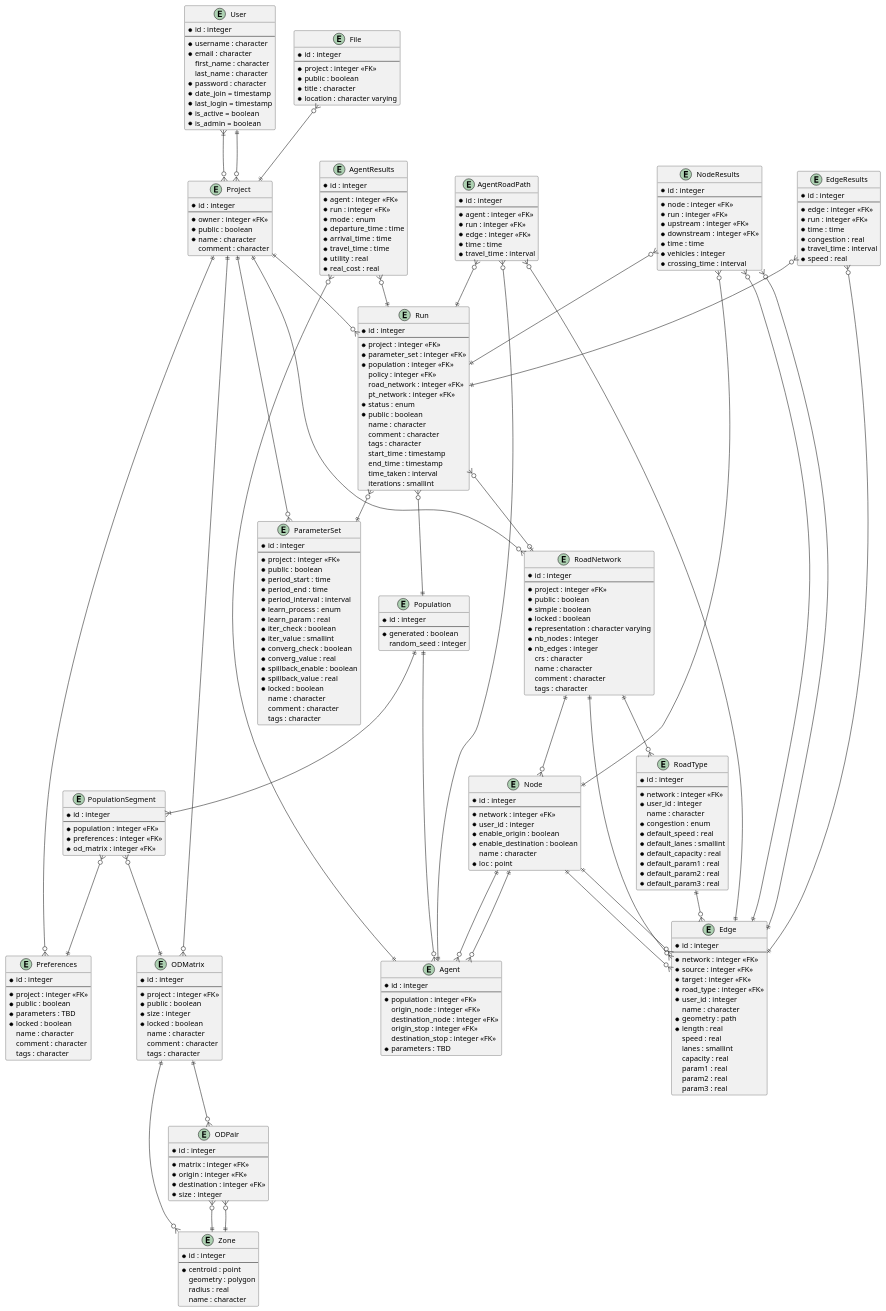
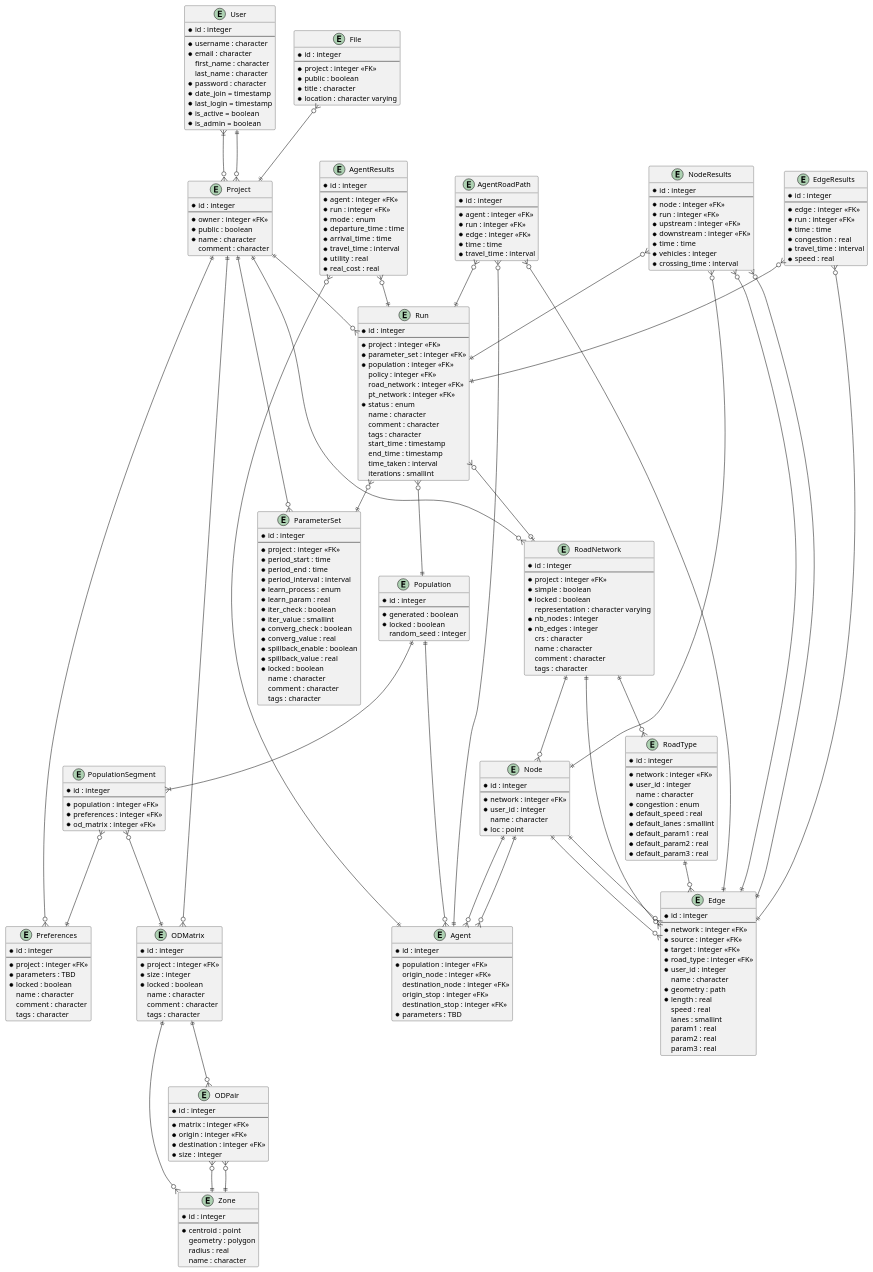
One commit to MetropolisTHEMA/MetropolisWebInterface changed the diagram in docs/plantuml/db.plantuml. Above: the diagram before and after it, drawn with PlantUML. The commit also changed 1 other file, not shown here.

```diff
--- a/docs/plantuml/db.plantuml
+++ b/docs/plantuml/db.plantuml
@@ -42,7 +42,6 @@
   road_network : integer <<FK>>
   pt_network : integer <<FK>>
   *status : enum
-  *public : boolean
   name : character
   comment : character
   tags : character
@@ -56,7 +55,6 @@
   *id : integer
   --
   *project : integer <<FK>>
-  *public : boolean
   *period_start : time
   *period_end : time
   *period_interval : interval
@@ -78,7 +76,6 @@
   *id : integer
   --
   *project : integer <<FK>>
-  *public : boolean
   *parameters : TBD
   *locked : boolean
   name : character
@@ -90,7 +87,6 @@
   *id : integer
   --
   *project : integer <<FK>>
-  *public : boolean
   *size : integer
   *locked : boolean
   name : character
@@ -120,6 +116,7 @@
   *id : integer
   --
   *generated : boolean
+  *locked : boolean
   random_seed : integer
 }
 
@@ -150,7 +147,7 @@
   *mode : enum
   *departure_time : time
   *arrival_time : time
-  *travel_time : time
+  *travel_time : interval
   *utility : real
   *real_cost : real
 }
@@ -169,10 +166,9 @@
   *id : integer
   --
   *project : integer <<FK>>
-  *public : boolean
   *simple : boolean
   *locked : boolean
-  *representation : character varying
+  representation : character varying
   *nb_nodes : integer
   *nb_edges : integer
   crs : character
@@ -186,8 +182,6 @@
   --
   *network : integer <<FK>>
   *user_id : integer
-  *enable_origin : boolean
-  *enable_destination : boolean
   name : character
   *loc : point
 }
@@ -213,7 +207,6 @@
   *congestion : enum
   *default_speed : real
   *default_lanes : smallint
-  *default_capacity : real
   *default_param1 : real
   *default_param2 : real
   *default_param3 : real
@@ -232,7 +225,6 @@
   *length : real
   speed : real
   lanes : smallint
-  capacity : real
   param1 : real
   param2 : real
   param3 : real
```
